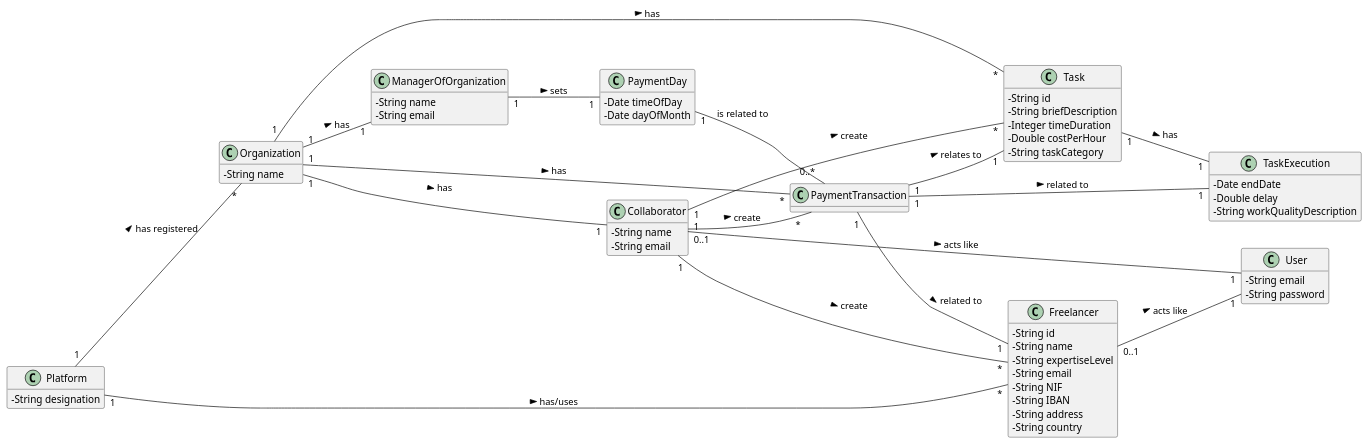
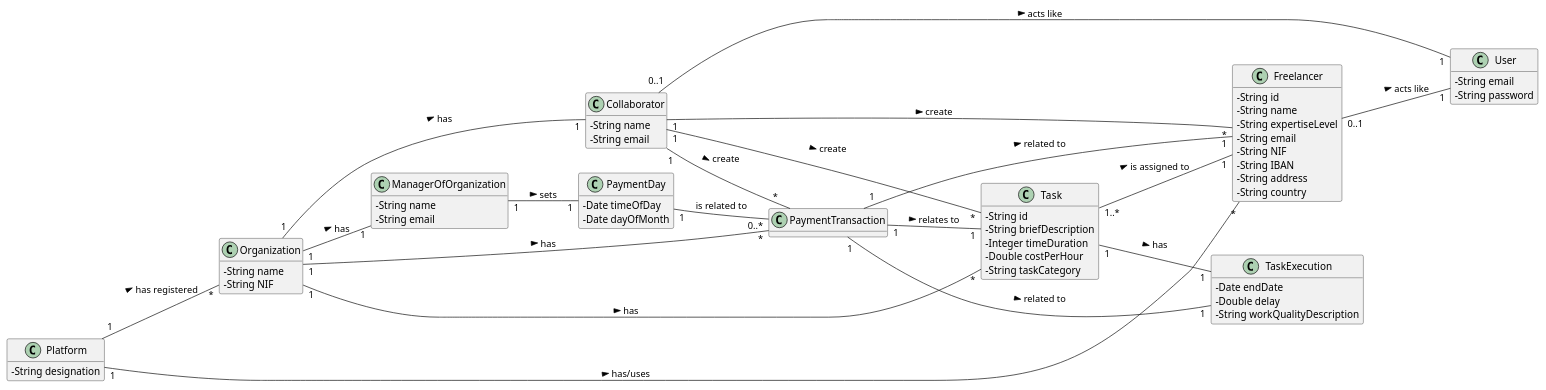
The diagram in docs/MD.puml (pedrolemos4/LAPR2), drawn with PlantUML before and after one commit. The commit also changed 2 other files, not shown here.

```diff
--- a/docs/MD.puml
+++ b/docs/MD.puml
@@ -1,81 +1,83 @@
 @startuml
 skinparam classAttributeIconSize 0
 hide methods
 left to right direction
 
 class Platform {
   -String designation
 }
 
 class Organization {
   -String name
+  -String NIF
 }
 
 class Collaborator {
   -String name
   -String email
 }
 
 
 class User {
   -String email
   -String password
 }
 
 class Freelancer {
   -String id
   -String name
   -String expertiseLevel
   -String email
   -String NIF
   -String IBAN
   -String address
   -String country
   }
 
 class Task {
  -String id
  -String briefDescription
  -Integer timeDuration
  -Double costPerHour
  -String taskCategory
 }
 
 class TaskExecution {
  -Date endDate
  -Double delay
  -String workQualityDescription
 }
 
 class PaymentTransaction{
 }
 
 class ManagerOfOrganization {
   -String name
   -String email
 }
 
 class PaymentDay {
   -Date timeOfDay
   -Date dayOfMonth
 }
 
 Organization "1" -- "1" ManagerOfOrganization : has >
 ManagerOfOrganization "1" -- "1" PaymentDay : sets >
 Platform "1" -- "*" Organization : has registered >
 Platform "1" -- "*" Freelancer : has/uses >
 Organization "1" -- "1" Collaborator: has >
 Organization "1" -- "*" Task: has >
 Organization "1" -- "*" PaymentTransaction: has >
 Collaborator "0..1" -- "1" User: acts like >
 Freelancer "0..1" -- "1" User: acts like >
 Collaborator "1" -- "*" Freelancer: create >
 Collaborator "1" -- "*" Task: create >
 Collaborator "1" -- "*" PaymentTransaction: create >
 PaymentTransaction "1" -- "1" Freelancer: related to >
 PaymentTransaction "1" -- "1" Task: relates to >
 PaymentTransaction "1" -- "1" TaskExecution: related to >
 Task "1" -- "1" TaskExecution: has >
+Task "1..*" -- "1" Freelancer: is assigned to >
 PaymentDay "1" -- "0..*" PaymentTransaction : is related to
 
 @enduml
```
